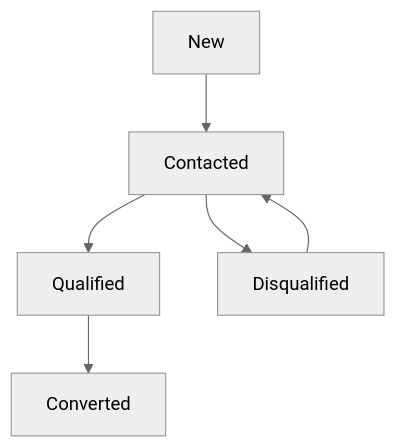
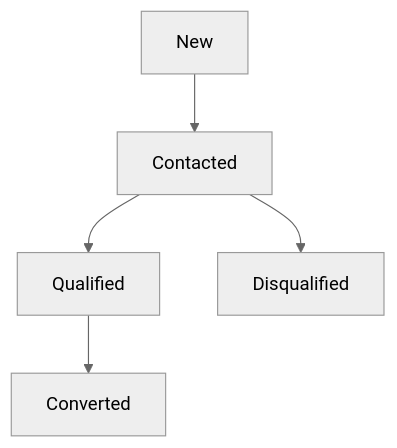
One commit to Super-ERP/crm-v2 changed the first of 2 diagrams in docs/gitbook-documentation/02-leads-management.md. Above: the diagram before and after it, drawn with Mermaid (neutral theme). The commit also changed other lines of this file and 2 other files, not shown here.

````diff
--- a/docs/gitbook-documentation/02-leads-management.md
+++ b/docs/gitbook-documentation/02-leads-management.md
@@ -71,8 +72,7 @@
 ```mermaid
 flowchart TD
     N["New"] --> C["Contacted"]
     C --> Q["Qualified"]
     Q --> V["Converted"]
     C --> D["Disqualified"]
-    D --> C
 ```
````
